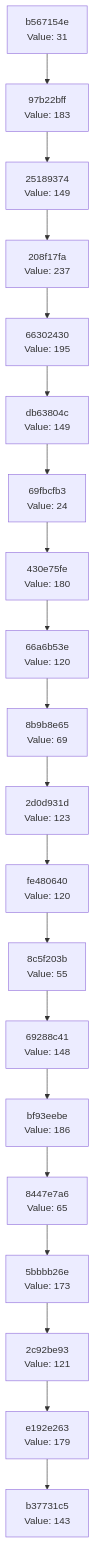
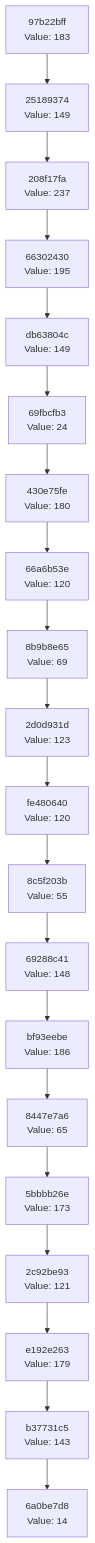
Before and after one commit to Abhisheksinha1506/hash-chain-evolver: the diagram in docs/CHAIN_VISUALIZATION.md, drawn with Mermaid. The commit also changed 3 other files, not shown here.

````diff
--- a/docs/CHAIN_VISUALIZATION.md
+++ b/docs/CHAIN_VISUALIZATION.md
@@ -3,42 +3,42 @@
 ```mermaid
 graph TD
-    C0["b37731c5<br/>Value: 143"]
-    C1["e192e263<br/>Value: 179"]
+    C0["6a0be7d8<br/>Value: 14"]
+    C1["b37731c5<br/>Value: 143"]
     C1 --> C0
-    C2["2c92be93<br/>Value: 121"]
+    C2["e192e263<br/>Value: 179"]
     C2 --> C1
-    C3["5bbbb26e<br/>Value: 173"]
+    C3["2c92be93<br/>Value: 121"]
     C3 --> C2
-    C4["8447e7a6<br/>Value: 65"]
+    C4["5bbbb26e<br/>Value: 173"]
     C4 --> C3
-    C5["bf93eebe<br/>Value: 186"]
+    C5["8447e7a6<br/>Value: 65"]
     C5 --> C4
-    C6["69288c41<br/>Value: 148"]
+    C6["bf93eebe<br/>Value: 186"]
     C6 --> C5
-    C7["8c5f203b<br/>Value: 55"]
+    C7["69288c41<br/>Value: 148"]
     C7 --> C6
-    C8["fe480640<br/>Value: 120"]
+    C8["8c5f203b<br/>Value: 55"]
     C8 --> C7
-    C9["2d0d931d<br/>Value: 123"]
+    C9["fe480640<br/>Value: 120"]
     C9 --> C8
-    C10["8b9b8e65<br/>Value: 69"]
+    C10["2d0d931d<br/>Value: 123"]
     C10 --> C9
-    C11["66a6b53e<br/>Value: 120"]
+    C11["8b9b8e65<br/>Value: 69"]
     C11 --> C10
-    C12["430e75fe<br/>Value: 180"]
+    C12["66a6b53e<br/>Value: 120"]
     C12 --> C11
-    C13["69fbcfb3<br/>Value: 24"]
+    C13["430e75fe<br/>Value: 180"]
     C13 --> C12
-    C14["db63804c<br/>Value: 149"]
+    C14["69fbcfb3<br/>Value: 24"]
     C14 --> C13
-    C15["66302430<br/>Value: 195"]
+    C15["db63804c<br/>Value: 149"]
     C15 --> C14
-    C16["208f17fa<br/>Value: 237"]
+    C16["66302430<br/>Value: 195"]
     C16 --> C15
-    C17["25189374<br/>Value: 149"]
+    C17["208f17fa<br/>Value: 237"]
     C17 --> C16
-    C18["97b22bff<br/>Value: 183"]
+    C18["25189374<br/>Value: 149"]
     C18 --> C17
-    C19["b567154e<br/>Value: 31"]
+    C19["97b22bff<br/>Value: 183"]
     C19 --> C18
 ```
````
